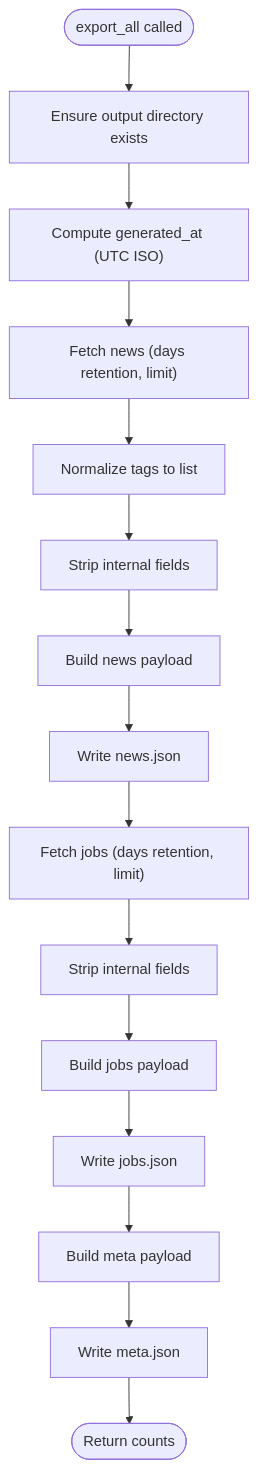
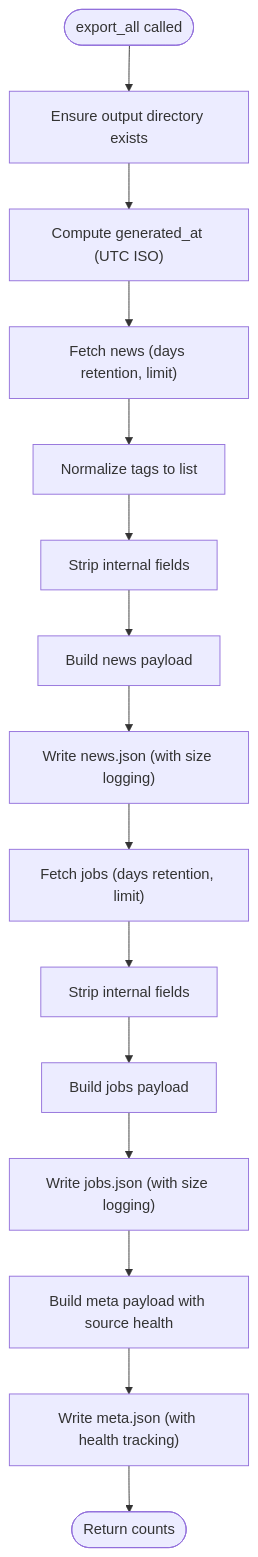
The third of 6 diagrams in .qoder/repowiki/en/content/Data Management/JSON Export System.md (shakthi-vinayak/news), drawn with Mermaid before and after one commit. The commit also changed other lines of this file and 37 other files, not shown here.

````diff
--- a/.qoder/repowiki/en/content/Data Management/JSON Export System.md
+++ b/.qoder/repowiki/en/content/Data Management/JSON Export System.md
@@ -160,17 +178,17 @@
 ```mermaid
 flowchart TD
 Start(["export_all called"]) --> OutDir["Ensure output directory exists"]
 OutDir --> GenTime["Compute generated_at (UTC ISO)"]
 GenTime --> FetchNews["Fetch news (days retention, limit)"]
 FetchNews --> NormalizeTags["Normalize tags to list"]
 NormalizeTags --> StripFieldsN["Strip internal fields"]
 StripFieldsN --> BuildNews["Build news payload"]
-BuildNews --> WriteNews["Write news.json"]
+BuildNews --> WriteNews["Write news.json (with size logging)"]
 WriteNews --> FetchJobs["Fetch jobs (days retention, limit)"]
 FetchJobs --> StripFieldsJ["Strip internal fields"]
 StripFieldsJ --> BuildJobs["Build jobs payload"]
-BuildJobs --> WriteJobs["Write jobs.json"]
-WriteJobs --> BuildMeta["Build meta payload"]
-BuildMeta --> WriteMeta["Write meta.json"]
+BuildJobs --> WriteJobs["Write jobs.json (with size logging)"]
+WriteJobs --> BuildMeta["Build meta payload with source health"]
+BuildMeta --> WriteMeta["Write meta.json (with health tracking)"]
 WriteMeta --> Done(["Return counts"])
 ```
````
